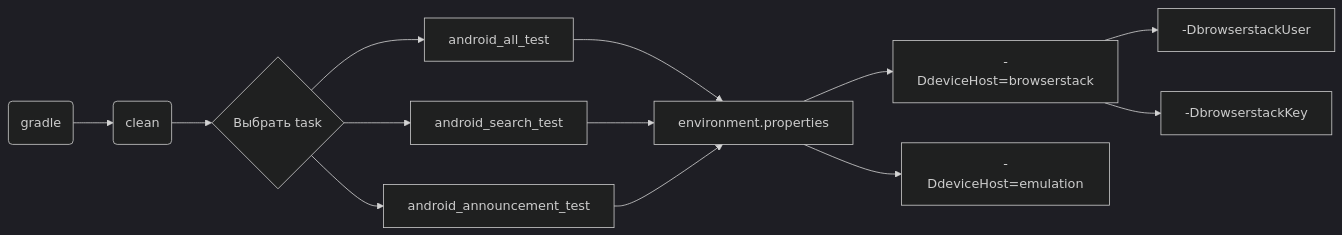
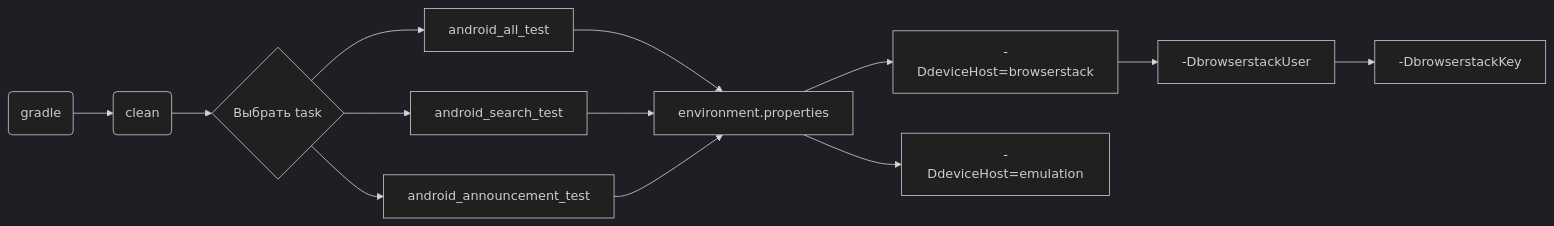
Before and after one commit to Kirbri/HW23DiplomaMobileProject: the diagram in README.md, drawn with Mermaid (dark theme). The commit also changed other lines of this file and 11 other files, not shown here.

````diff
--- a/README.md
+++ b/README.md
@@ -133,15 +133,15 @@
 ```mermaid 
 flowchart LR
     A(gradle) --> B(clean)
     B --> C{Выбрать task}
     C --> D[android_all_test]
     C --> E[android_search_test]
     C --> F[android_announcement_test]
     D --> G[environment.properties]
     E --> G[environment.properties]
     F --> G[environment.properties]
     G --> H[-DdeviceHost=browserstack]
+    H --> J[-DbrowserstackUser]
+    J --> K[-DbrowserstackKey]
     G --> I[-DdeviceHost=emulation]
-    H --> J[-DbrowserstackUser]
-    H --> K[-DbrowserstackKey]
 ```
````
